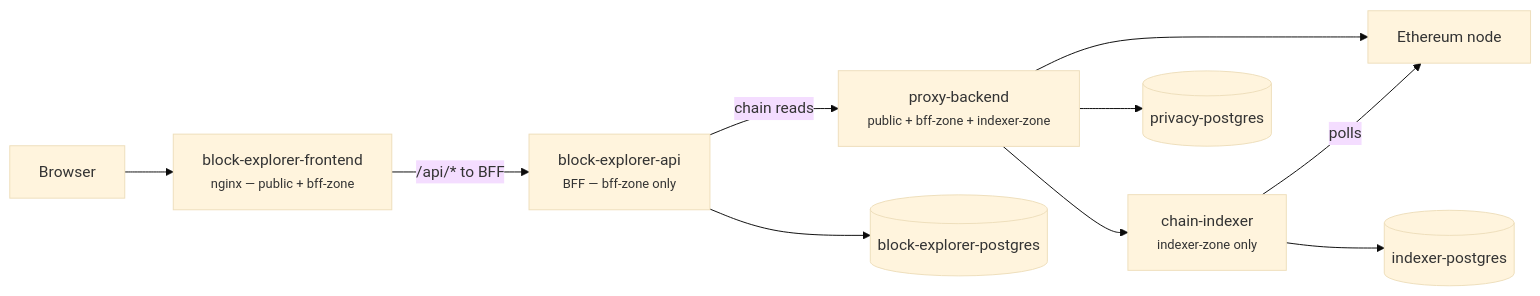
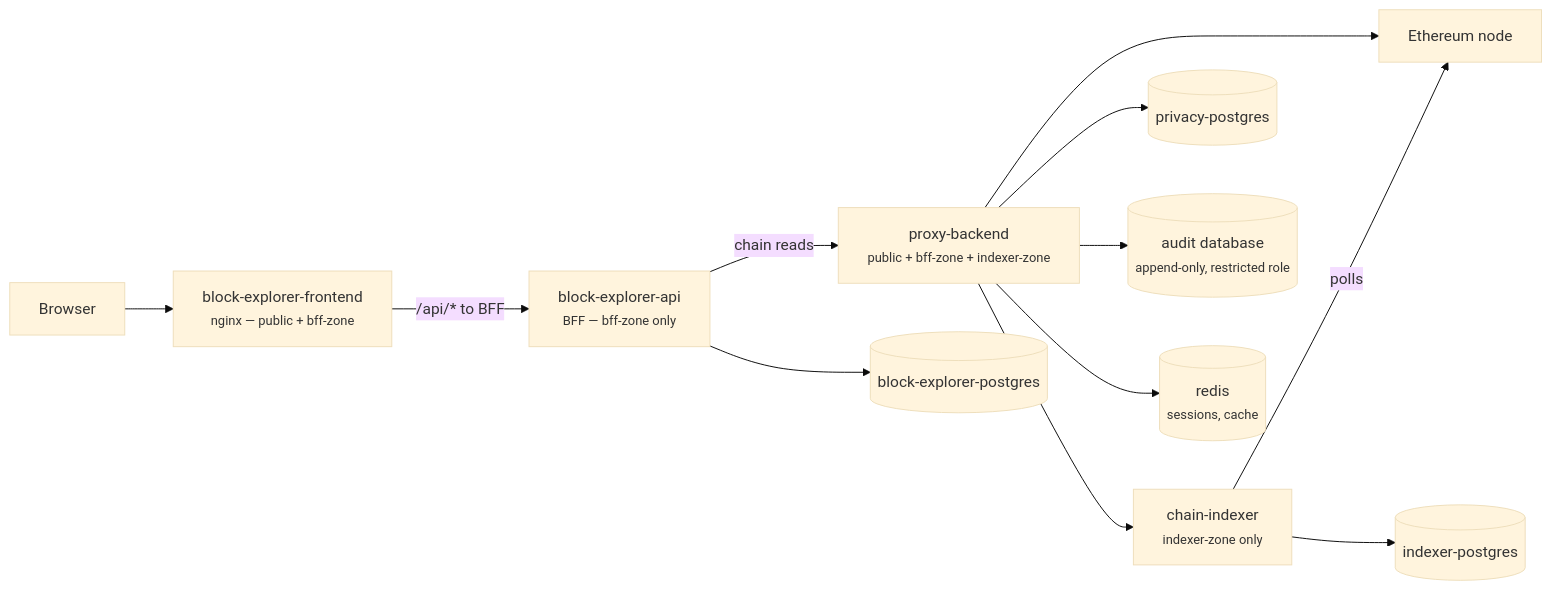
Before and after one commit to alainncls/open-privacy-suite: the third of 3 diagrams in site/src/app/docs/architecture/page.mdx, drawn with Mermaid (base theme). The commit also changed other lines of this file and 18 other files, not shown here.

````diff
--- a/site/src/app/docs/architecture/page.mdx
+++ b/site/src/app/docs/architecture/page.mdx
@@ -92,22 +100,26 @@
 ```mermaid
 graph LR
     Client[Browser]
     EXPF[block-explorer-frontend<br/><small>nginx — public + bff-zone</small>]
     BFF[block-explorer-api<br/><small>BFF — bff-zone only</small>]
     PROXY[proxy-backend<br/><small>public + bff-zone + indexer-zone</small>]
     NODE[Ethereum node]
     IDX[chain-indexer<br/><small>indexer-zone only</small>]
     EXPDB[(block-explorer-postgres)]
     IDXDB[(indexer-postgres)]
     PXDB[(privacy-postgres)]
+    AUDIT[(audit database<br/><small>append-only, restricted role</small>)]
+    REDIS[(redis<br/><small>sessions, cache</small>)]
 
     Client --> EXPF
     EXPF --"/api/* to BFF"--> BFF
     BFF --"chain reads"--> PROXY
     BFF --> EXPDB
     PROXY --> NODE
     PROXY --> IDX
     PROXY --> PXDB
+    PROXY --> AUDIT
+    PROXY --> REDIS
     IDX --> IDXDB
     IDX --"polls"--> NODE
 ```
````
